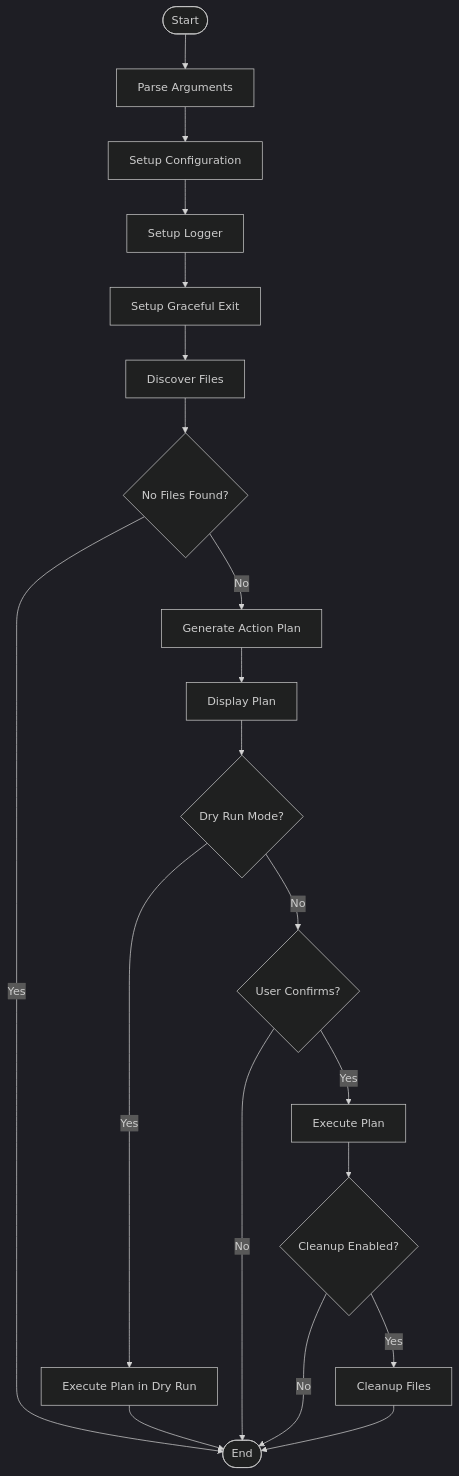
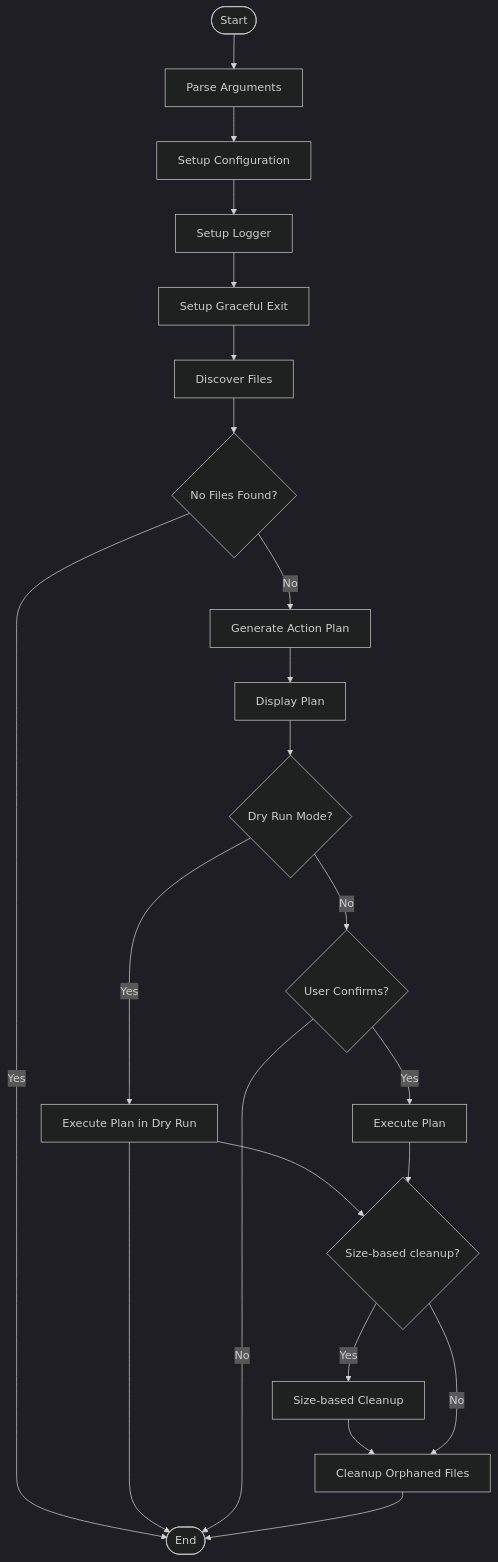
One commit to WombatFromHell/reo-cam-archiver changed the second of 9 diagrams in DESIGN.md. Above: the diagram before and after it, drawn with Mermaid (dark theme). The commit also changed other lines of this file and 3 other files, not shown here.

Commit message:
Add "--max-size" argument for "--cleanup"

````diff
--- a/DESIGN.md
+++ b/DESIGN.md
@@ -153,22 +241,24 @@
 ```mermaid
 flowchart TD
     Start([Start]) --> ParseArgs[Parse Arguments]
     ParseArgs --> SetupConfig[Setup Configuration]
     SetupConfig --> SetupLogger[Setup Logger]
     SetupLogger --> SetupGracefulExit[Setup Graceful Exit]
     SetupGracefulExit --> DiscoverFiles[Discover Files]
     DiscoverFiles --> NoFiles{No Files Found?}
     NoFiles -->|Yes| End([End])
     NoFiles -->|No| GeneratePlan[Generate Action Plan]
     GeneratePlan --> DisplayPlan[Display Plan]
     DisplayPlan --> DryRun{Dry Run Mode?}
     DryRun -->|Yes| ExecuteDryRun[Execute Plan in Dry Run]
+    ExecuteDryRun --> SizeBasedCleanup{Size-based cleanup?}
     ExecuteDryRun --> End
     DryRun -->|No| ConfirmPlan{User Confirms?}
     ConfirmPlan -->|No| End
     ConfirmPlan -->|Yes| ExecutePlan[Execute Plan]
-    ExecutePlan --> Cleanup{Cleanup Enabled?}
-    Cleanup -->|Yes| CleanupFiles[Cleanup Files]
-    Cleanup -->|No| End
+    ExecutePlan --> SizeBasedCleanup{Size-based cleanup?}
+    SizeBasedCleanup -->|Yes| SizeCleanup[Size-based Cleanup]
+    SizeCleanup --> CleanupFiles[Cleanup Orphaned Files]
+    SizeBasedCleanup -->|No| CleanupFiles
     CleanupFiles --> End
 ```
````
